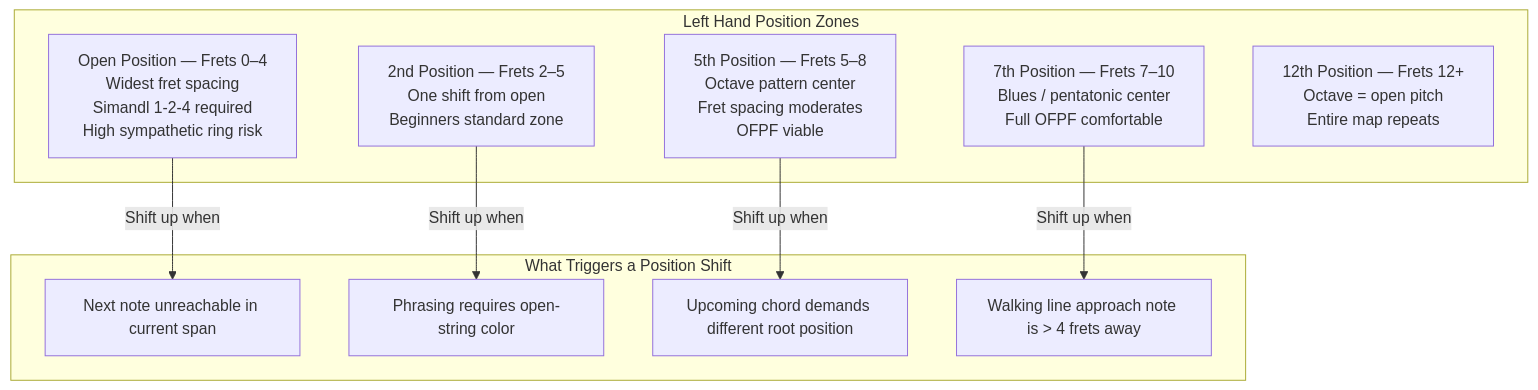
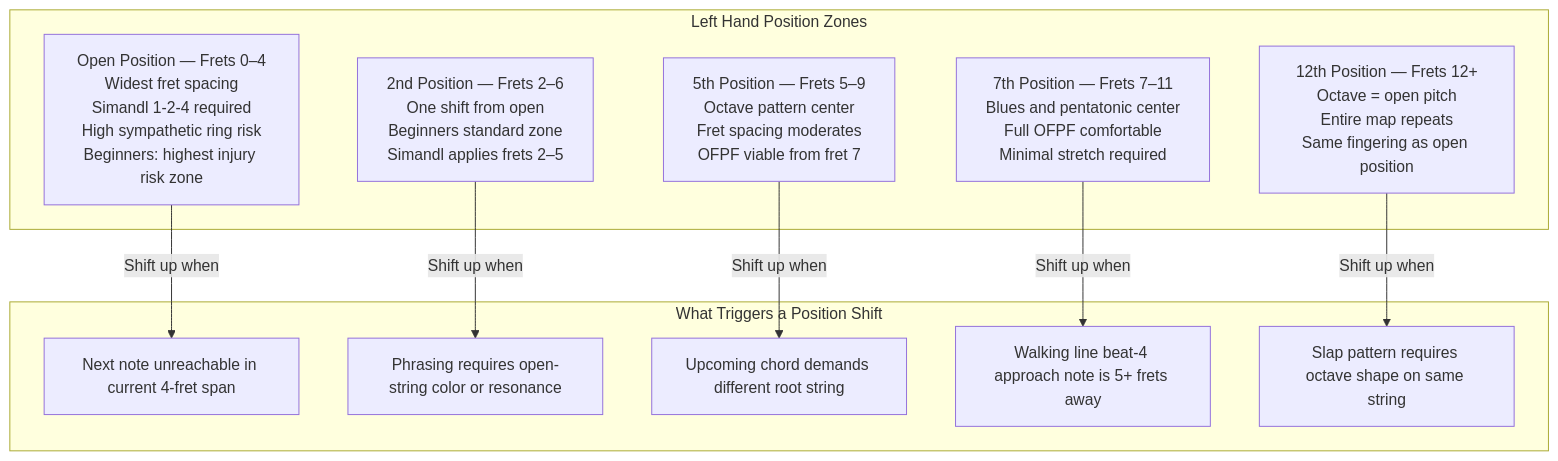
Before and after one commit to blebleblee/synapse: the first of 5 diagrams in topics/arts/music_performance/bass_guitar/labs.md, drawn with Mermaid. The commit also changed other lines of this file and 4 other files, not shown here.

````diff
--- a/topics/arts/music_performance/bass_guitar/labs.md
+++ b/topics/arts/music_performance/bass_guitar/labs.md
@@ -96,22 +176,24 @@
 ```mermaid
 graph TD
     subgraph sub_positions ["Left Hand Position Zones"]
-        P1["Open Position — Frets 0–4\nWidest fret spacing\nSimandl 1-2-4 required\nHigh sympathetic ring risk"]
-        P2["2nd Position — Frets 2–5\nOne shift from open\nBeginners standard zone"]
-        P3["5th Position — Frets 5–8\nOctave pattern center\nFret spacing moderates\nOFPF viable"]
-        P4["7th Position — Frets 7–10\nBlues / pentatonic center\nFull OFPF comfortable"]
-        P5["12th Position — Frets 12+\nOctave = open pitch\nEntire map repeats"]
+        P1["Open Position — Frets 0–4\nWidest fret spacing\nSimandl 1-2-4 required\nHigh sympathetic ring risk\nBeginners: highest injury risk zone"]
+        P2["2nd Position — Frets 2–6\nOne shift from open\nBeginners standard zone\nSimandl applies frets 2–5"]
+        P3["5th Position — Frets 5–9\nOctave pattern center\nFret spacing moderates\nOFPF viable from fret 7"]
+        P4["7th Position — Frets 7–11\nBlues and pentatonic center\nFull OFPF comfortable\nMinimal stretch required"]
+        P5["12th Position — Frets 12+\nOctave = open pitch\nEntire map repeats\nSame fingering as open position"]
     end
 
     subgraph sub_shift_triggers ["What Triggers a Position Shift"]
-        S1["Next note unreachable in current span"]
-        S2["Phrasing requires open-string color"]
-        S3["Upcoming chord demands different root position"]
-        S4["Walking line approach note is > 4 frets away"]
+        S1["Next note unreachable in current 4-fret span"]
+        S2["Phrasing requires open-string color or resonance"]
+        S3["Upcoming chord demands different root string"]
+        S4["Walking line beat-4 approach note is 5+ frets away"]
+        S5["Slap pattern requires octave shape on same string"]
     end
 
     P1 -->|"Shift up when"| S1
     P2 -->|"Shift up when"| S2
     P3 -->|"Shift up when"| S3
     P4 -->|"Shift up when"| S4
+    P5 -->|"Shift up when"| S5
 ```
````
